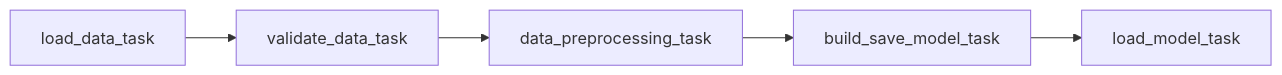
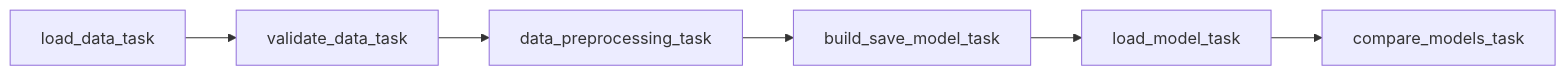
Before and after one commit to 1AlgoRythm/mlops-lab2: the diagram in README.md, drawn with Mermaid. The commit also changed other lines of this file, not shown here.

First line of the commit message:
document the model comparison in the README

````diff
--- a/README.md
+++ b/README.md
@@ -41,4 +41,4 @@
 ```mermaid
 flowchart LR
-    A[load_data_task] --> B[validate_data_task] --> C[data_preprocessing_task] --> D[build_save_model_task] --> E[load_model_task]
+    A[load_data_task] --> B[validate_data_task] --> C[data_preprocessing_task] --> D[build_save_model_task] --> E[load_model_task] --> F[compare_models_task]
 ```
````
